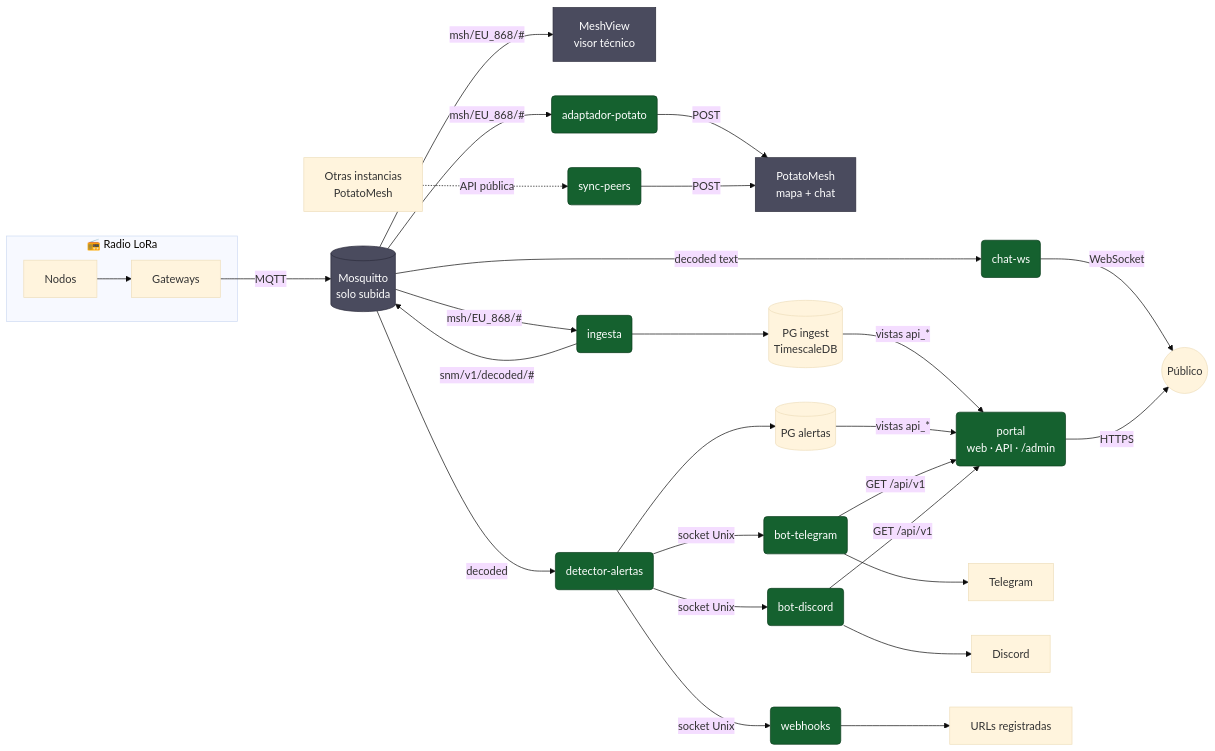
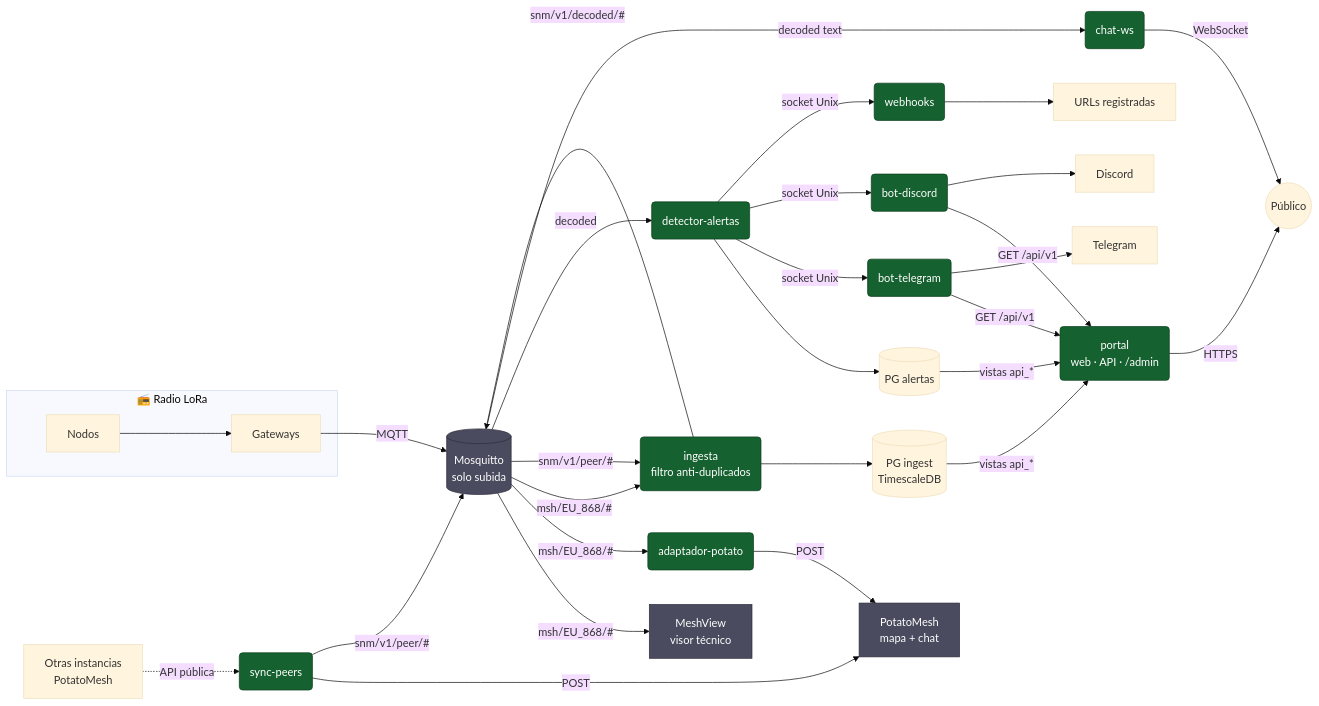
One commit to raupulus/andalucia-mesh changed the diagram in README.md. Above: the diagram before and after it, drawn with Mermaid (base theme). The commit also changed other lines of this file and 2 other files, not shown here.

Commit message:
docs: update system diagram in README and synchronize piece descriptions

````diff
--- a/README.md
+++ b/README.md
@@ -35,40 +35,42 @@
 ```mermaid
 flowchart LR
   subgraph RADIO["📻 Radio LoRa"]
     N[Nodos] --> G[Gateways]
   end
 
   G -- "MQTT" --> MQ[("Mosquitto<br/>solo subida")]
 
   MQ -- "msh/EU_868/#" --> MV["MeshView<br/>visor técnico"]
   MQ -- "msh/EU_868/#" --> AP("adaptador-potato")
-  MQ -- "msh/EU_868/#" --> IN("ingesta")
+  MQ -- "msh/EU_868/#" --> IN("ingesta<br/>filtro anti-duplicados")
   AP -- "POST" --> PM["PotatoMesh<br/>mapa + chat"]
-  SP("sync-peers") -- "POST" --> PM
-  EXT[Otras instancias<br/>PotatoMesh] -. "API pública" .-> SP
+  EXT[Otras instancias<br/>PotatoMesh] -. "API pública" .-> SP("sync-peers")
+  SP -- "POST" --> PM
+  SP -- "snm/v1/peer/#" --> MQ
+  MQ -- "snm/v1/peer/#" --> IN
 
   IN --> DBI[("PG ingest<br/>TimescaleDB")]
   IN -- "snm/v1/decoded/#" --> MQ
   MQ -- "decoded" --> DA("detector-alertas")
   MQ -- "decoded text" --> CW("chat-ws")
   DA --> DBA[("PG alertas")]
   DA -- "socket Unix" --> BT("bot-telegram")
   DA -- "socket Unix" --> BD("bot-discord")
   DA -- "socket Unix" --> WH("webhooks")
 
   DBI -- "vistas api_*" --> PO("portal<br/>web · API · /admin")
   DBA -- "vistas api_*" --> PO
   BT -- "GET /api/v1" --> PO
   BD -- "GET /api/v1" --> PO
 
   CW -- "WebSocket" --> U((Público))
   PO -- "HTTPS" --> U
   BT --> TG[Telegram]
   BD --> DC[Discord]
   WH --> URL[URLs registradas]
 
   classDef propio fill:#15612F,color:#fff,stroke:#0b3d1d
   classDef tercero fill:#4A4B5E,color:#fff,stroke:#2C2D3C
   class AP,IN,SP,DA,CW,BT,BD,WH,PO propio
   class MQ,MV,PM tercero
 ```
````
